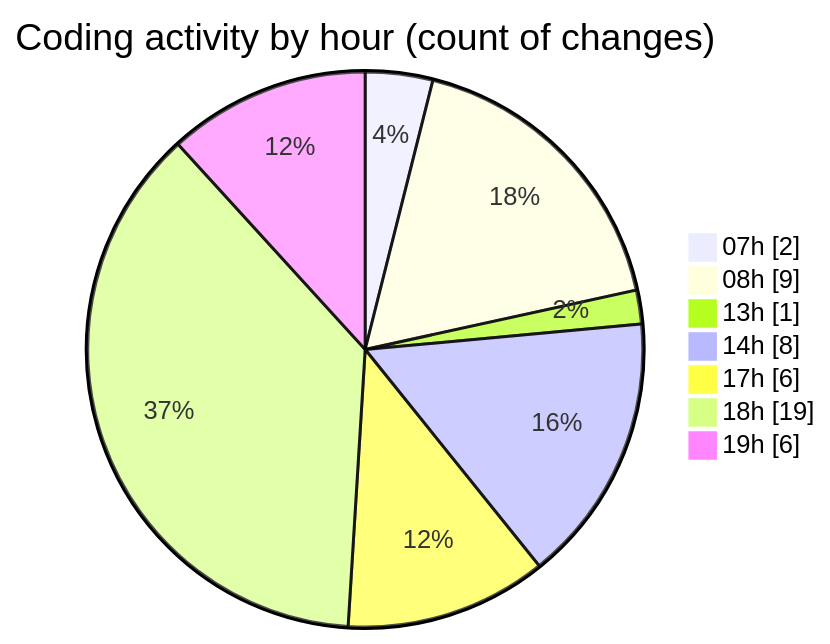
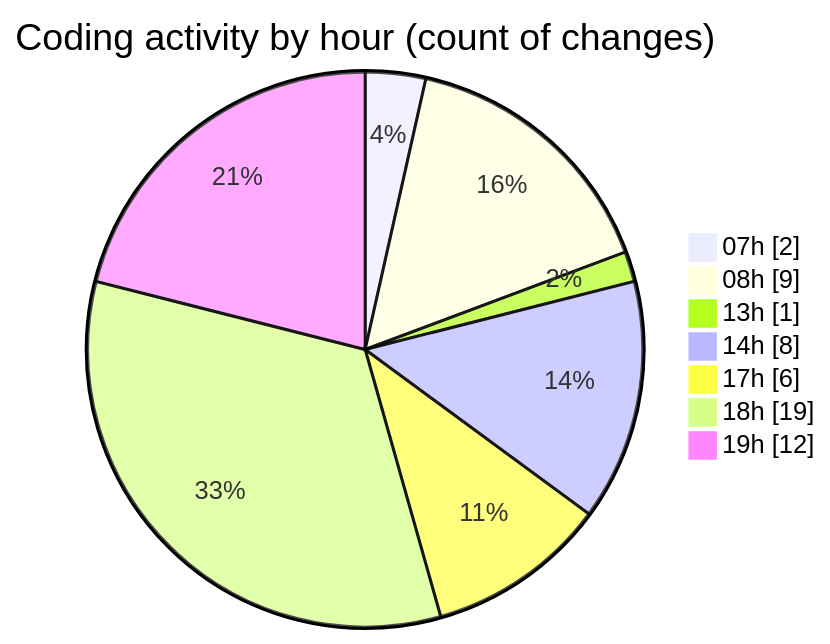
One commit to Elitesun/code-tracking changed the second of 2 diagrams in 2025-05-14/niten/README.md. Above: the diagram before and after it, drawn with Mermaid. The commit also changed other lines of this file and 1 other file, not shown here.

````diff
--- a/2025-05-14/niten/README.md
+++ b/2025-05-14/niten/README.md
@@ -43,11 +44,11 @@
 ```mermaid
 pie showData
 title Coding activity by hour (count of changes)
 "07h" : 2
 "08h" : 9
 "13h" : 1
 "14h" : 8
 "17h" : 6
 "18h" : 19
-"19h" : 6
+"19h" : 12
 ```
````
